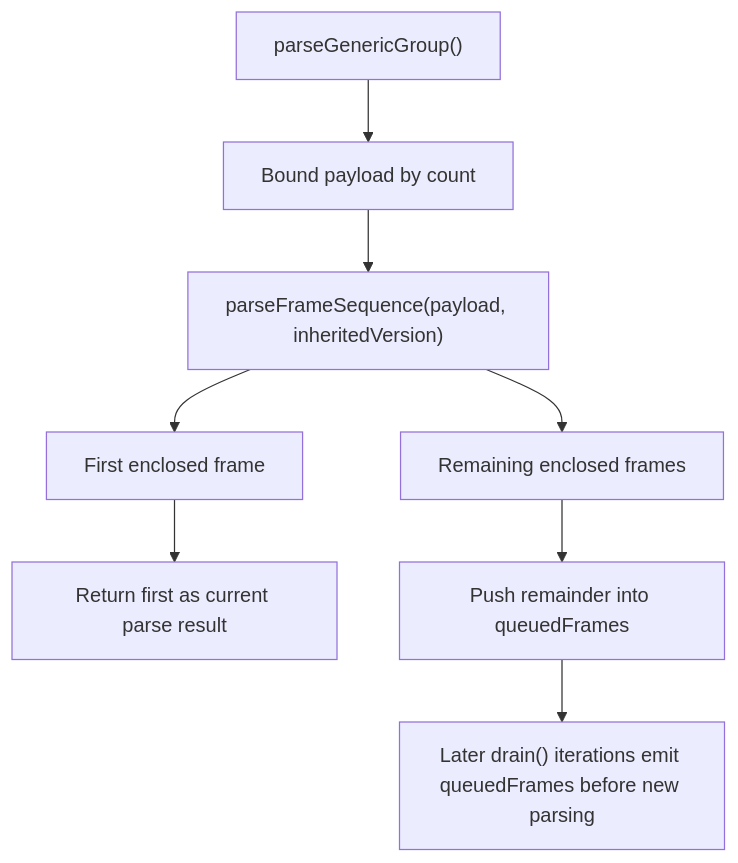
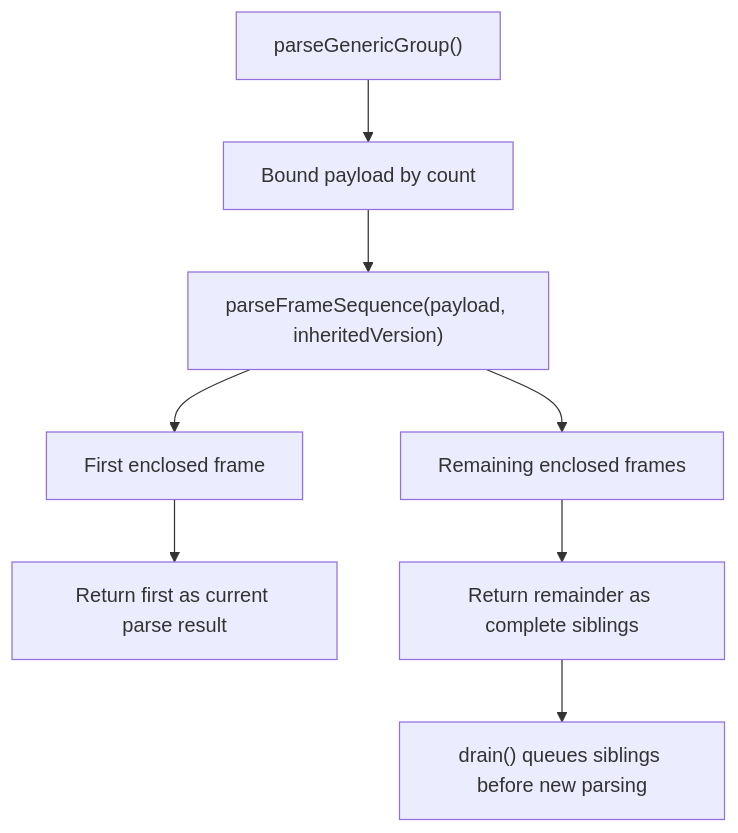
Before and after one commit to kentbull/keri-ts: the fourth of 7 diagrams in docs/design-docs/cesr/CESR_ATOMIC_BOUNDED_PARSER_ARCHITECTURE.md, drawn with Mermaid. The commit also changed other lines of this file and 28 other files, not shown here.

````diff
--- a/docs/design-docs/cesr/CESR_ATOMIC_BOUNDED_PARSER_ARCHITECTURE.md
+++ b/docs/design-docs/cesr/CESR_ATOMIC_BOUNDED_PARSER_ARCHITECTURE.md
@@ -108,10 +100,10 @@
 ```mermaid
 flowchart TD
     A["parseGenericGroup()"] --> B["Bound payload by count"]
     B --> C["parseFrameSequence(payload, inheritedVersion)"]
     C --> D["First enclosed frame"]
     C --> E["Remaining enclosed frames"]
     D --> F["Return first as current parse result"]
-    E --> G["Push remainder into queuedFrames"]
-    G --> H["Later drain() iterations emit queuedFrames before new parsing"]
+    E --> G["Return remainder as complete siblings"]
+    G --> H["drain() queues siblings before new parsing"]
 ```
````
